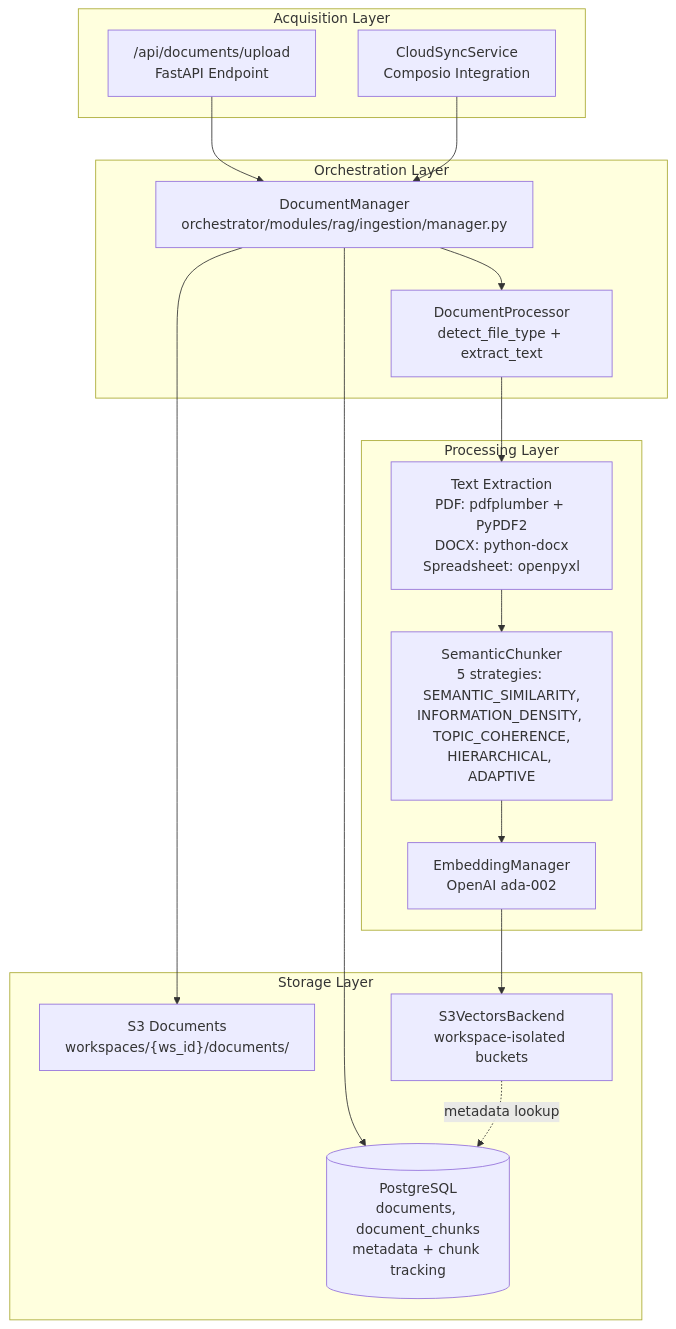
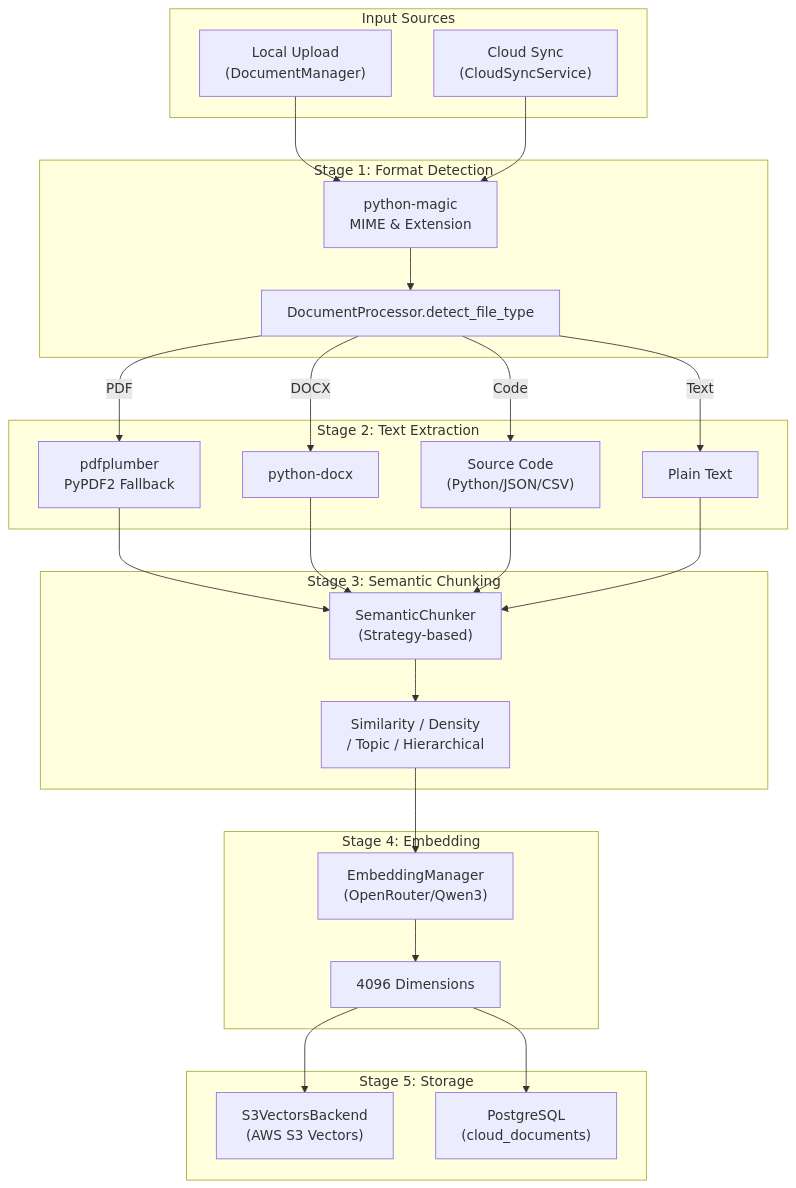
Before and after one commit to AutomatosAI/automatos-ai: the first of 2 diagrams in docs/knowledge-base-rag/document-ingestion-pipeline.md, drawn with Mermaid. The commit also changed other lines of this file and 149 other files, not shown here.

Commit message:
docs: refresh documentation with graphify semantic scan

````diff
--- a/docs/knowledge-base-rag/document-ingestion-pipeline.md
+++ b/docs/knowledge-base-rag/document-ingestion-pipeline.md
@@ -35,38 +47,55 @@
 ```mermaid
 graph TB
-    subgraph "Acquisition Layer"
-        Upload["/api/documents/upload<br/>FastAPI Endpoint"]
-        CloudSync["CloudSyncService<br/>Composio Integration"]
+    subgraph "Input Sources"
+        Upload["Local Upload<br/>(DocumentManager)"]
+        CloudSync["Cloud Sync<br/>(CloudSyncService)"]
     end
     
-    subgraph "Orchestration Layer"
-        DocManager["DocumentManager<br/>orchestrator/modules/rag/ingestion/manager.py"]
-        Processor["DocumentProcessor<br/>detect_file_type + extract_text"]
+    subgraph "Stage 1: Format Detection"
+        MagicDetect["python-magic<br/>MIME & Extension"]
+        FormatRoute["DocumentProcessor.detect_file_type"]
     end
     
-    subgraph "Processing Layer"
-        Extractor["Text Extraction<br/>PDF: pdfplumber + PyPDF2<br/>DOCX: python-docx<br/>Spreadsheet: openpyxl"]
-        Chunker["SemanticChunker<br/>5 strategies: SEMANTIC_SIMILARITY,<br/>INFORMATION_DENSITY, TOPIC_COHERENCE,<br/>HIERARCHICAL, ADAPTIVE"]
-        Embeddings["EmbeddingManager<br/>OpenAI ada-002"]
+    subgraph "Stage 2: Text Extraction"
+        PDFExtract["pdfplumber<br/>PyPDF2 Fallback"]
+        DOCXExtract["python-docx"]
+        CodeExtract["Source Code<br/>(Python/JSON/CSV)"]
+        TextExtract["Plain Text"]
     end
     
-    subgraph "Storage Layer"
-        S3Docs["S3 Documents<br/>workspaces/{ws_id}/documents/"]
-        S3Vectors["S3VectorsBackend<br/>workspace-isolated buckets"]
-        PostgreSQL[("PostgreSQL<br/>documents, document_chunks<br/>metadata + chunk tracking")]
+    subgraph "Stage 3: Semantic Chunking"
+        SemanticChunker["SemanticChunker<br/>(Strategy-based)"]
+        Strategies["Similarity / Density<br/>/ Topic / Hierarchical"]
     end
     
-    Upload --> DocManager
-    CloudSync --> DocManager
+    subgraph "Stage 4: Embedding"
+        EmbedMgr["EmbeddingManager<br/>(OpenRouter/Qwen3)"]
+        VectorDim["4096 Dimensions"]
+    end
     
-    DocManager --> Processor
-    Processor --> Extractor
-    Extractor --> Chunker
-    Chunker --> Embeddings
+    subgraph "Stage 5: Storage"
+        S3Vectors["S3VectorsBackend<br/>(AWS S3 Vectors)"]
+        PGMetadata["PostgreSQL<br/>(cloud_documents)"]
+    end
     
-    Embeddings --> S3Vectors
-    DocManager --> S3Docs
-    DocManager --> PostgreSQL
+    Upload --> MagicDetect
+    CloudSync --> MagicDetect
+    MagicDetect --> FormatRoute
     
-    S3Vectors -.metadata lookup.-> PostgreSQL
+    FormatRoute -->|PDF| PDFExtract
+    FormatRoute -->|DOCX| DOCXExtract
+    FormatRoute -->|Code| CodeExtract
+    FormatRoute -->|Text| TextExtract
+    
+    PDFExtract --> SemanticChunker
+    DOCXExtract --> SemanticChunker
+    CodeExtract --> SemanticChunker
+    TextExtract --> SemanticChunker
+    
+    SemanticChunker --> Strategies
+    Strategies --> EmbedMgr
+    EmbedMgr --> VectorDim
+    
+    VectorDim --> S3Vectors
+    VectorDim --> PGMetadata
 ```
````
